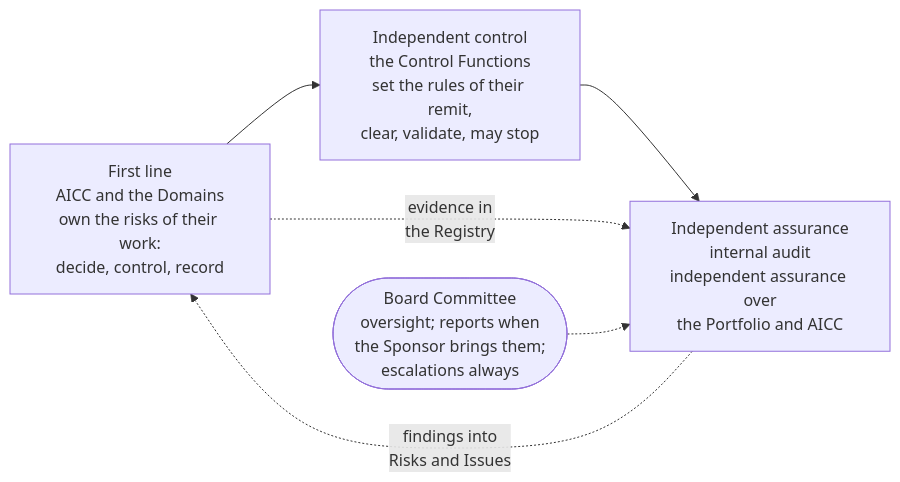
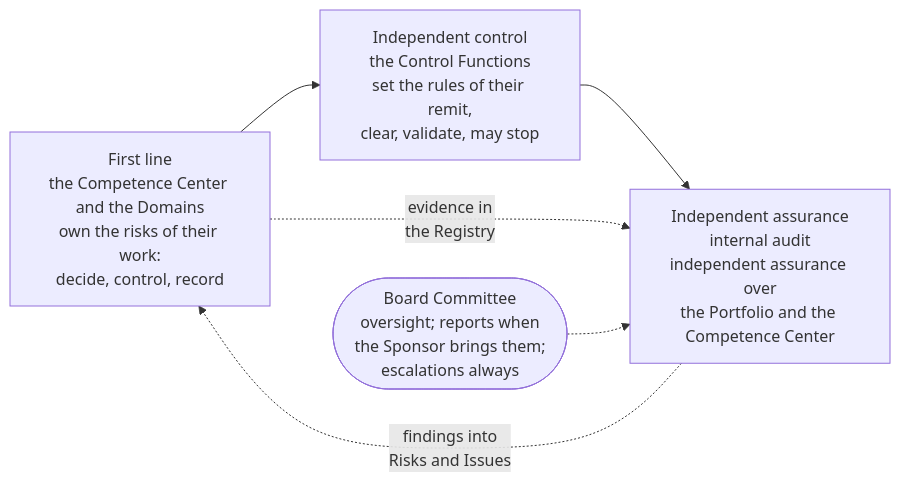
One commit to devhogu/ob-aicc changed the diagram in portal/content/en/governance/records-evidence-and-assurance.md. Above: the diagram before and after it, drawn with Mermaid. The commit also changed other lines of this file and 1149 other files, not shown here.

First line of the commit message:
The name Competence Center: AICC stays only as a code (DR-2026-066)

````diff
--- a/portal/content/en/governance/records-evidence-and-assurance.md
+++ b/portal/content/en/governance/records-evidence-and-assurance.md
@@ -25,8 +25,8 @@
 ```mermaid
 flowchart LR
-  L1["First line<br/>AICC and the Domains<br/>own the risks of their work:<br/>decide, control, record"] --> L2["Independent control<br/>the Control Functions<br/>set the rules of their remit,<br/>clear, validate, may stop"]
-  L2 --> L3["Independent assurance<br/>internal audit<br/>independent assurance over<br/>the Portfolio and AICC"]
+  L1["First line<br/>the Competence Center and the Domains<br/>own the risks of their work:<br/>decide, control, record"] --> L2["Independent control<br/>the Control Functions<br/>set the rules of their remit,<br/>clear, validate, may stop"]
+  L2 --> L3["Independent assurance<br/>internal audit<br/>independent assurance over<br/>the Portfolio and the Competence Center"]
   L1 -.->|"evidence in<br/>the Registry"| L3
   L3 -.->|"findings into<br/>Risks and Issues"| L1
   B(["Board Committee<br/>oversight; reports when<br/>the Sponsor brings them;<br/>escalations always"]) -.-> L3
 ```
````
